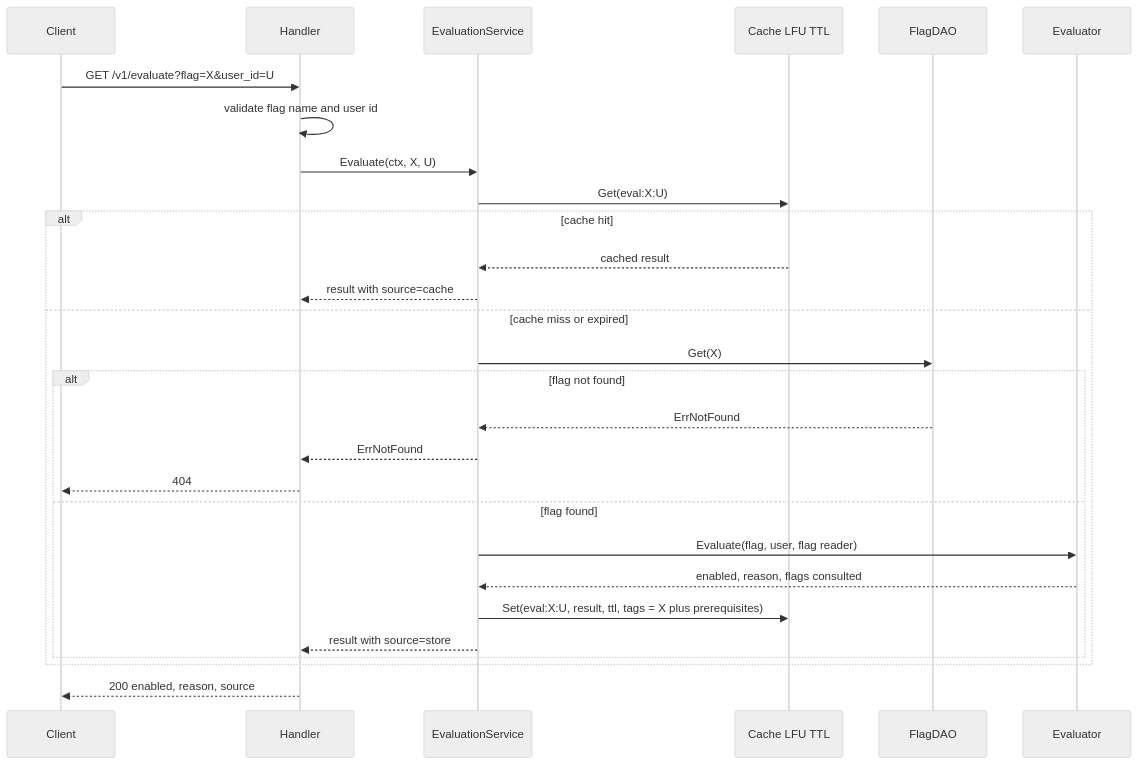
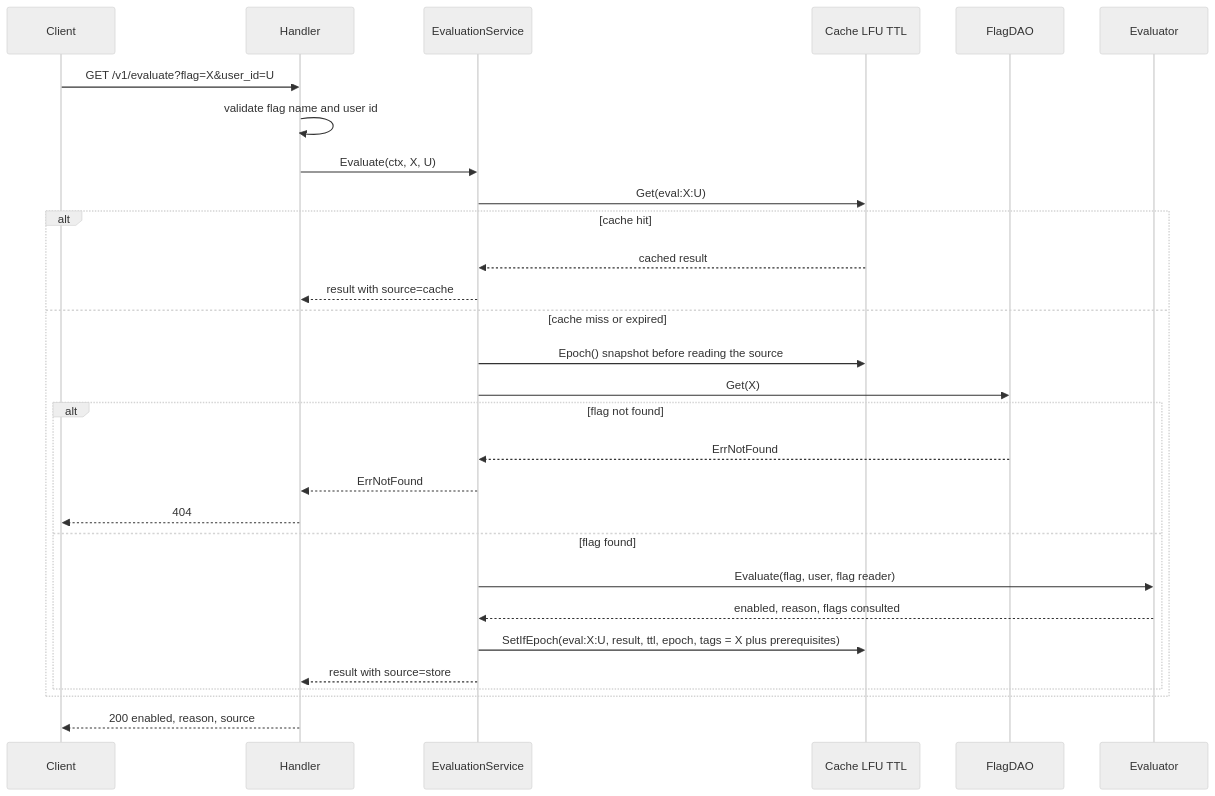
The second of 4 diagrams in PLAN.md (shobhitdimri/digital_ocean), drawn with Mermaid (neutral theme) before and after one commit. The commit also changed other lines of this file and 4 other files, not shown here.

Commit message:
FFS-5: LFU cache with TTL, tag invalidation, epoch guard and janitor goroutine

````diff
--- a/PLAN.md
+++ b/PLAN.md
@@ -81,31 +81,32 @@
 ```mermaid
 sequenceDiagram
     participant C as Client
     participant H as Handler
     participant E as EvaluationService
     participant K as Cache LFU TTL
     participant D as FlagDAO
     participant R as Evaluator
 
     C->>H: GET /v1/evaluate?flag=X&user_id=U
     H->>H: validate flag name and user id
     H->>E: Evaluate(ctx, X, U)
     E->>K: Get(eval:X:U)
     alt cache hit
         K-->>E: cached result
         E-->>H: result with source=cache
     else cache miss or expired
+        E->>K: Epoch() snapshot before reading the source
         E->>D: Get(X)
         alt flag not found
             D-->>E: ErrNotFound
             E-->>H: ErrNotFound
             H-->>C: 404
         else flag found
             E->>R: Evaluate(flag, user, flag reader)
             R-->>E: enabled, reason, flags consulted
-            E->>K: Set(eval:X:U, result, ttl, tags = X plus prerequisites)
+            E->>K: SetIfEpoch(eval:X:U, result, ttl, epoch, tags = X plus prerequisites)
             E-->>H: result with source=store
         end
     end
     H-->>C: 200 enabled, reason, source
 ```
````
